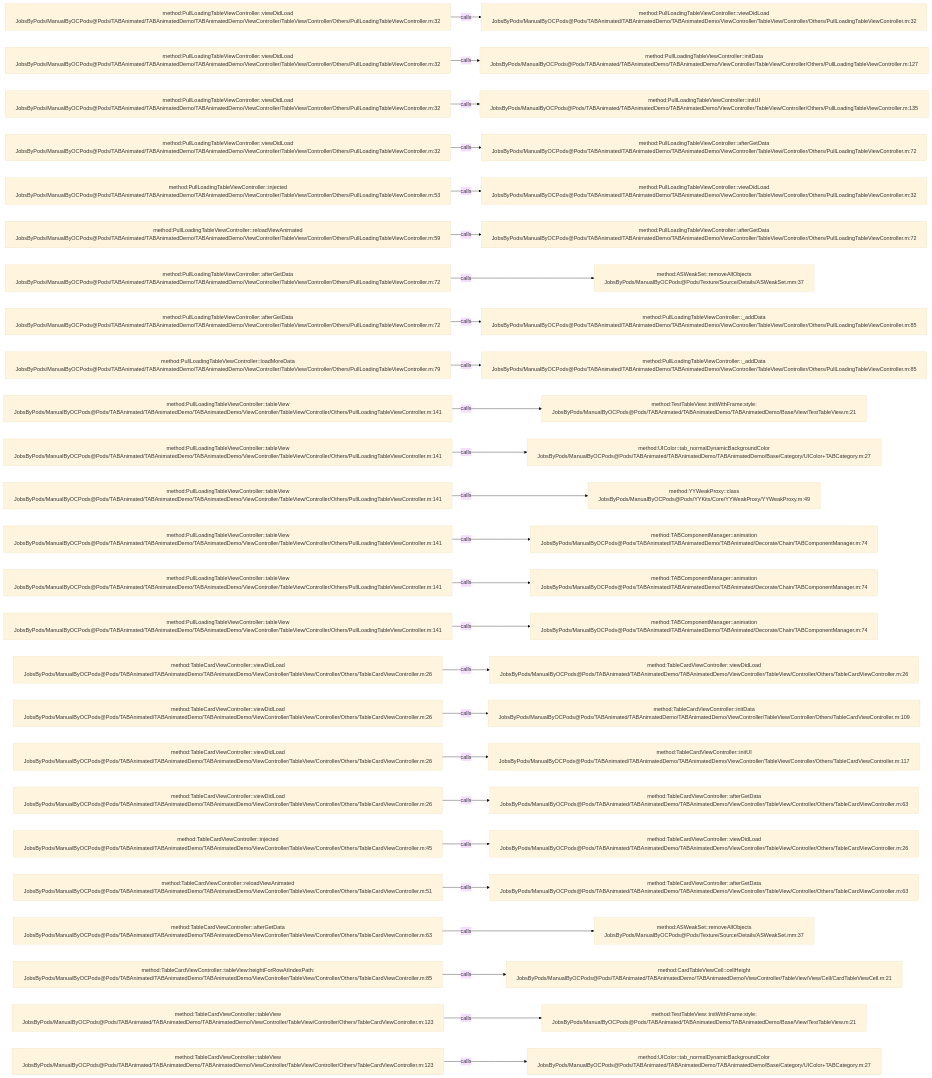
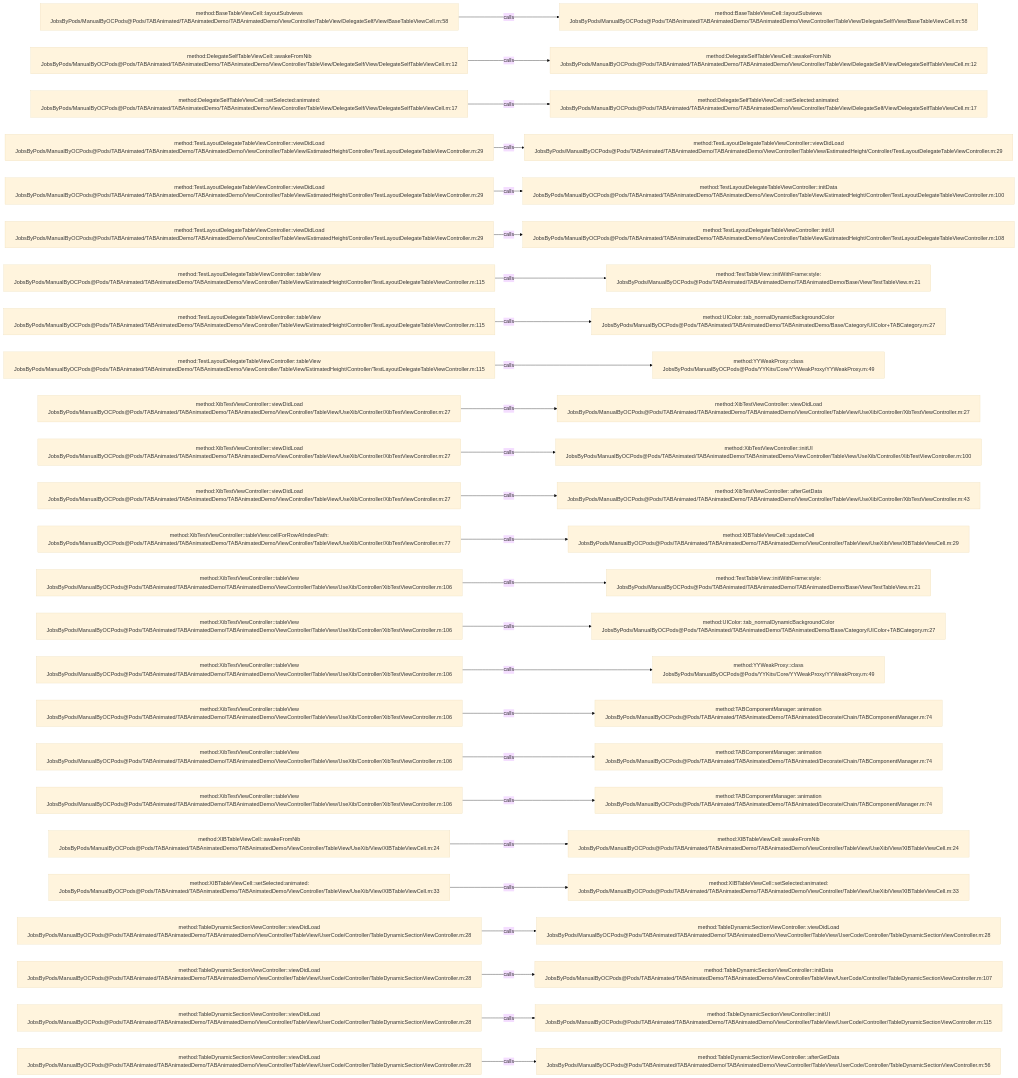
One commit to JobsKits/JobsOCBaseConfigDemo changed the diagram in .codegraph/codegraph.md/graphs/calls-056.md. Above: the diagram before and after it, drawn with Mermaid (base theme). The commit also changed 1448 other files, not shown here.

````diff
--- a/.codegraph/codegraph.md/graphs/calls-056.md
+++ b/.codegraph/codegraph.md/graphs/calls-056.md
@@ -13,78 +13,78 @@
 ```mermaid
 flowchart LR
-  S1["method:PullLoadingTableViewController::viewDidLoad<br/>JobsByPods/ManualByOCPods@Pods/TABAnimated/TABAnimatedDemo/TABAnimatedDemo/ViewController/TableView/Controller/Others/PullLoadingTableViewController.m:32"]
-  T1["method:PullLoadingTableViewController::viewDidLoad<br/>JobsByPods/ManualByOCPods@Pods/TABAnimated/TABAnimatedDemo/TABAnimatedDemo/ViewController/TableView/Controller/Others/PullLoadingTableViewController.m:32"]
+  S1["method:BaseTableViewCell::layoutSubviews<br/>JobsByPods/ManualByOCPods@Pods/TABAnimated/TABAnimatedDemo/TABAnimatedDemo/ViewController/TableView/DelegateSelf/View/BaseTableViewCell.m:58"]
+  T1["method:BaseTableViewCell::layoutSubviews<br/>JobsByPods/ManualByOCPods@Pods/TABAnimated/TABAnimatedDemo/TABAnimatedDemo/ViewController/TableView/DelegateSelf/View/BaseTableViewCell.m:58"]
   S1 -->|calls| T1
-  S2["method:PullLoadingTableViewController::viewDidLoad<br/>JobsByPods/ManualByOCPods@Pods/TABAnimated/TABAnimatedDemo/TABAnimatedDemo/ViewController/TableView/Controller/Others/PullLoadingTableViewController.m:32"]
-  T2["method:PullLoadingTableViewController::initData<br/>JobsByPods/ManualByOCPods@Pods/TABAnimated/TABAnimatedDemo/TABAnimatedDemo/ViewController/TableView/Controller/Others/PullLoadingTableViewController.m:127"]
+  S2["method:DelegateSelfTableViewCell::awakeFromNib<br/>JobsByPods/ManualByOCPods@Pods/TABAnimated/TABAnimatedDemo/TABAnimatedDemo/ViewController/TableView/DelegateSelf/View/DelegateSelfTableViewCell.m:12"]
+  T2["method:DelegateSelfTableViewCell::awakeFromNib<br/>JobsByPods/ManualByOCPods@Pods/TABAnimated/TABAnimatedDemo/TABAnimatedDemo/ViewController/TableView/DelegateSelf/View/DelegateSelfTableViewCell.m:12"]
   S2 -->|calls| T2
-  S3["method:PullLoadingTableViewController::viewDidLoad<br/>JobsByPods/ManualByOCPods@Pods/TABAnimated/TABAnimatedDemo/TABAnimatedDemo/ViewController/TableView/Controller/Others/PullLoadingTableViewController.m:32"]
-  T3["method:PullLoadingTableViewController::initUI<br/>JobsByPods/ManualByOCPods@Pods/TABAnimated/TABAnimatedDemo/TABAnimatedDemo/ViewController/TableView/Controller/Others/PullLoadingTableViewController.m:135"]
+  S3["method:DelegateSelfTableViewCell::setSelected:animated:<br/>JobsByPods/ManualByOCPods@Pods/TABAnimated/TABAnimatedDemo/TABAnimatedDemo/ViewController/TableView/DelegateSelf/View/DelegateSelfTableViewCell.m:17"]
+  T3["method:DelegateSelfTableViewCell::setSelected:animated:<br/>JobsByPods/ManualByOCPods@Pods/TABAnimated/TABAnimatedDemo/TABAnimatedDemo/ViewController/TableView/DelegateSelf/View/DelegateSelfTableViewCell.m:17"]
   S3 -->|calls| T3
-  S4["method:PullLoadingTableViewController::viewDidLoad<br/>JobsByPods/ManualByOCPods@Pods/TABAnimated/TABAnimatedDemo/TABAnimatedDemo/ViewController/TableView/Controller/Others/PullLoadingTableViewController.m:32"]
-  T4["method:PullLoadingTableViewController::afterGetData<br/>JobsByPods/ManualByOCPods@Pods/TABAnimated/TABAnimatedDemo/TABAnimatedDemo/ViewController/TableView/Controller/Others/PullLoadingTableViewController.m:72"]
+  S4["method:TestLayoutDelegateTableViewController::viewDidLoad<br/>JobsByPods/ManualByOCPods@Pods/TABAnimated/TABAnimatedDemo/TABAnimatedDemo/ViewController/TableView/EstimatedHeight/Controller/TestLayoutDelegateTableViewController.m:29"]
+  T4["method:TestLayoutDelegateTableViewController::viewDidLoad<br/>JobsByPods/ManualByOCPods@Pods/TABAnimated/TABAnimatedDemo/TABAnimatedDemo/ViewController/TableView/EstimatedHeight/Controller/TestLayoutDelegateTableViewController.m:29"]
   S4 -->|calls| T4
-  S5["method:PullLoadingTableViewController::injected<br/>JobsByPods/ManualByOCPods@Pods/TABAnimated/TABAnimatedDemo/TABAnimatedDemo/ViewController/TableView/Controller/Others/PullLoadingTableViewController.m:53"]
-  T5["method:PullLoadingTableViewController::viewDidLoad<br/>JobsByPods/ManualByOCPods@Pods/TABAnimated/TABAnimatedDemo/TABAnimatedDemo/ViewController/TableView/Controller/Others/PullLoadingTableViewController.m:32"]
+  S5["method:TestLayoutDelegateTableViewController::viewDidLoad<br/>JobsByPods/ManualByOCPods@Pods/TABAnimated/TABAnimatedDemo/TABAnimatedDemo/ViewController/TableView/EstimatedHeight/Controller/TestLayoutDelegateTableViewController.m:29"]
+  T5["method:TestLayoutDelegateTableViewController::initData<br/>JobsByPods/ManualByOCPods@Pods/TABAnimated/TABAnimatedDemo/TABAnimatedDemo/ViewController/TableView/EstimatedHeight/Controller/TestLayoutDelegateTableViewController.m:100"]
   S5 -->|calls| T5
-  S6["method:PullLoadingTableViewController::reloadViewAnimated<br/>JobsByPods/ManualByOCPods@Pods/TABAnimated/TABAnimatedDemo/TABAnimatedDemo/ViewController/TableView/Controller/Others/PullLoadingTableViewController.m:59"]
-  T6["method:PullLoadingTableViewController::afterGetData<br/>JobsByPods/ManualByOCPods@Pods/TABAnimated/TABAnimatedDemo/TABAnimatedDemo/ViewController/TableView/Controller/Others/PullLoadingTableViewController.m:72"]
+  S6["method:TestLayoutDelegateTableViewController::viewDidLoad<br/>JobsByPods/ManualByOCPods@Pods/TABAnimated/TABAnimatedDemo/TABAnimatedDemo/ViewController/TableView/EstimatedHeight/Controller/TestLayoutDelegateTableViewController.m:29"]
+  T6["method:TestLayoutDelegateTableViewController::initUI<br/>JobsByPods/ManualByOCPods@Pods/TABAnimated/TABAnimatedDemo/TABAnimatedDemo/ViewController/TableView/EstimatedHeight/Controller/TestLayoutDelegateTableViewController.m:108"]
   S6 -->|calls| T6
-  S7["method:PullLoadingTableViewController::afterGetData<br/>JobsByPods/ManualByOCPods@Pods/TABAnimated/TABAnimatedDemo/TABAnimatedDemo/ViewController/TableView/Controller/Others/PullLoadingTableViewController.m:72"]
-  T7["method:ASWeakSet::removeAllObjects<br/>JobsByPods/ManualByOCPods@Pods/Texture/Source/Details/ASWeakSet.mm:37"]
+  S7["method:TestLayoutDelegateTableViewController::tableView<br/>JobsByPods/ManualByOCPods@Pods/TABAnimated/TABAnimatedDemo/TABAnimatedDemo/ViewController/TableView/EstimatedHeight/Controller/TestLayoutDelegateTableViewController.m:115"]
+  T7["method:TestTableView::initWithFrame:style:<br/>JobsByPods/ManualByOCPods@Pods/TABAnimated/TABAnimatedDemo/TABAnimatedDemo/Base/View/TestTableView.m:21"]
   S7 -->|calls| T7
-  S8["method:PullLoadingTableViewController::afterGetData<br/>JobsByPods/ManualByOCPods@Pods/TABAnimated/TABAnimatedDemo/TABAnimatedDemo/ViewController/TableView/Controller/Others/PullLoadingTableViewController.m:72"]
-  T8["method:PullLoadingTableViewController::_addData<br/>JobsByPods/ManualByOCPods@Pods/TABAnimated/TABAnimatedDemo/TABAnimatedDemo/ViewController/TableView/Controller/Others/PullLoadingTableViewController.m:85"]
+  S8["method:TestLayoutDelegateTableViewController::tableView<br/>JobsByPods/ManualByOCPods@Pods/TABAnimated/TABAnimatedDemo/TABAnimatedDemo/ViewController/TableView/EstimatedHeight/Controller/TestLayoutDelegateTableViewController.m:115"]
+  T8["method:UIColor::tab_normalDynamicBackgroundColor<br/>JobsByPods/ManualByOCPods@Pods/TABAnimated/TABAnimatedDemo/TABAnimatedDemo/Base/Category/UIColor+TABCategory.m:27"]
   S8 -->|calls| T8
-  S9["method:PullLoadingTableViewController::loadMoreData<br/>JobsByPods/ManualByOCPods@Pods/TABAnimated/TABAnimatedDemo/TABAnimatedDemo/ViewController/TableView/Controller/Others/PullLoadingTableViewController.m:79"]
-  T9["method:PullLoadingTableViewController::_addData<br/>JobsByPods/ManualByOCPods@Pods/TABAnimated/TABAnimatedDemo/TABAnimatedDemo/ViewController/TableView/Controller/Others/PullLoadingTableViewController.m:85"]
+  S9["method:TestLayoutDelegateTableViewController::tableView<br/>JobsByPods/ManualByOCPods@Pods/TABAnimated/TABAnimatedDemo/TABAnimatedDemo/ViewController/TableView/EstimatedHeight/Controller/TestLayoutDelegateTableViewController.m:115"]
+  T9["method:YYWeakProxy::class<br/>JobsByPods/ManualByOCPods@Pods/YYKits/Core/YYWeakProxy/YYWeakProxy.m:49"]
   S9 -->|calls| T9
-  S10["method:PullLoadingTableViewController::tableView<br/>JobsByPods/ManualByOCPods@Pods/TABAnimated/TABAnimatedDemo/TABAnimatedDemo/ViewController/TableView/Controller/Others/PullLoadingTableViewController.m:141"]
-  T10["method:TestTableView::initWithFrame:style:<br/>JobsByPods/ManualByOCPods@Pods/TABAnimated/TABAnimatedDemo/TABAnimatedDemo/Base/View/TestTableView.m:21"]
+  S10["method:XibTestViewController::viewDidLoad<br/>JobsByPods/ManualByOCPods@Pods/TABAnimated/TABAnimatedDemo/TABAnimatedDemo/ViewController/TableView/UseXib/Controller/XibTestViewController.m:27"]
+  T10["method:XibTestViewController::viewDidLoad<br/>JobsByPods/ManualByOCPods@Pods/TABAnimated/TABAnimatedDemo/TABAnimatedDemo/ViewController/TableView/UseXib/Controller/XibTestViewController.m:27"]
   S10 -->|calls| T10
-  S11["method:PullLoadingTableViewController::tableView<br/>JobsByPods/ManualByOCPods@Pods/TABAnimated/TABAnimatedDemo/TABAnimatedDemo/ViewController/TableView/Controller/Others/PullLoadingTableViewController.m:141"]
-  T11["method:UIColor::tab_normalDynamicBackgroundColor<br/>JobsByPods/ManualByOCPods@Pods/TABAnimated/TABAnimatedDemo/TABAnimatedDemo/Base/Category/UIColor+TABCategory.m:27"]
+  S11["method:XibTestViewController::viewDidLoad<br/>JobsByPods/ManualByOCPods@Pods/TABAnimated/TABAnimatedDemo/TABAnimatedDemo/ViewController/TableView/UseXib/Controller/XibTestViewController.m:27"]
+  T11["method:XibTestViewController::initUI<br/>JobsByPods/ManualByOCPods@Pods/TABAnimated/TABAnimatedDemo/TABAnimatedDemo/ViewController/TableView/UseXib/Controller/XibTestViewController.m:100"]
   S11 -->|calls| T11
-  S12["method:PullLoadingTableViewController::tableView<br/>JobsByPods/ManualByOCPods@Pods/TABAnimated/TABAnimatedDemo/TABAnimatedDemo/ViewController/TableView/Controller/Others/PullLoadingTableViewController.m:141"]
-  T12["method:YYWeakProxy::class<br/>JobsByPods/ManualByOCPods@Pods/YYKits/Core/YYWeakProxy/YYWeakProxy.m:49"]
+  S12["method:XibTestViewController::viewDidLoad<br/>JobsByPods/ManualByOCPods@Pods/TABAnimated/TABAnimatedDemo/TABAnimatedDemo/ViewController/TableView/UseXib/Controller/XibTestViewController.m:27"]
+  T12["method:XibTestViewController::afterGetData<br/>JobsByPods/ManualByOCPods@Pods/TABAnimated/TABAnimatedDemo/TABAnimatedDemo/ViewController/TableView/UseXib/Controller/XibTestViewController.m:43"]
   S12 -->|calls| T12
-  S13["method:PullLoadingTableViewController::tableView<br/>JobsByPods/ManualByOCPods@Pods/TABAnimated/TABAnimatedDemo/TABAnimatedDemo/ViewController/TableView/Controller/Others/PullLoadingTableViewController.m:141"]
-  T13["method:TABComponentManager::animation<br/>JobsByPods/ManualByOCPods@Pods/TABAnimated/TABAnimatedDemo/TABAnimated/Decorate/Chain/TABComponentManager.m:74"]
+  S13["method:XibTestViewController::tableView:cellForRowAtIndexPath:<br/>JobsByPods/ManualByOCPods@Pods/TABAnimated/TABAnimatedDemo/TABAnimatedDemo/ViewController/TableView/UseXib/Controller/XibTestViewController.m:77"]
+  T13["method:XIBTableViewCell::updateCell<br/>JobsByPods/ManualByOCPods@Pods/TABAnimated/TABAnimatedDemo/TABAnimatedDemo/ViewController/TableView/UseXib/View/XIBTableViewCell.m:29"]
   S13 -->|calls| T13
-  S14["method:PullLoadingTableViewController::tableView<br/>JobsByPods/ManualByOCPods@Pods/TABAnimated/TABAnimatedDemo/TABAnimatedDemo/ViewController/TableView/Controller/Others/PullLoadingTableViewController.m:141"]
-  T14["method:TABComponentManager::animation<br/>JobsByPods/ManualByOCPods@Pods/TABAnimated/TABAnimatedDemo/TABAnimated/Decorate/Chain/TABComponentManager.m:74"]
+  S14["method:XibTestViewController::tableView<br/>JobsByPods/ManualByOCPods@Pods/TABAnimated/TABAnimatedDemo/TABAnimatedDemo/ViewController/TableView/UseXib/Controller/XibTestViewController.m:106"]
+  T14["method:TestTableView::initWithFrame:style:<br/>JobsByPods/ManualByOCPods@Pods/TABAnimated/TABAnimatedDemo/TABAnimatedDemo/Base/View/TestTableView.m:21"]
   S14 -->|calls| T14
-  S15["method:PullLoadingTableViewController::tableView<br/>JobsByPods/ManualByOCPods@Pods/TABAnimated/TABAnimatedDemo/TABAnimatedDemo/ViewController/TableView/Controller/Others/PullLoadingTableViewController.m:141"]
-  T15["method:TABComponentManager::animation<br/>JobsByPods/ManualByOCPods@Pods/TABAnimated/TABAnimatedDemo/TABAnimated/Decorate/Chain/TABComponentManager.m:74"]
+  S15["method:XibTestViewController::tableView<br/>JobsByPods/ManualByOCPods@Pods/TABAnimated/TABAnimatedDemo/TABAnimatedDemo/ViewController/TableView/UseXib/Controller/XibTestViewController.m:106"]
+  T15["method:UIColor::tab_normalDynamicBackgroundColor<br/>JobsByPods/ManualByOCPods@Pods/TABAnimated/TABAnimatedDemo/TABAnimatedDemo/Base/Category/UIColor+TABCategory.m:27"]
   S15 -->|calls| T15
-  S16["method:TableCardViewController::viewDidLoad<br/>JobsByPods/ManualByOCPods@Pods/TABAnimated/TABAnimatedDemo/TABAnimatedDemo/ViewController/TableView/Controller/Others/TableCardViewController.m:26"]
-  T16["method:TableCardViewController::viewDidLoad<br/>JobsByPods/ManualByOCPods@Pods/TABAnimated/TABAnimatedDemo/TABAnimatedDemo/ViewController/TableView/Controller/Others/TableCardViewController.m:26"]
+  S16["method:XibTestViewController::tableView<br/>JobsByPods/ManualByOCPods@Pods/TABAnimated/TABAnimatedDemo/TABAnimatedDemo/ViewController/TableView/UseXib/Controller/XibTestViewController.m:106"]
+  T16["method:YYWeakProxy::class<br/>JobsByPods/ManualByOCPods@Pods/YYKits/Core/YYWeakProxy/YYWeakProxy.m:49"]
   S16 -->|calls| T16
-  S17["method:TableCardViewController::viewDidLoad<br/>JobsByPods/ManualByOCPods@Pods/TABAnimated/TABAnimatedDemo/TABAnimatedDemo/ViewController/TableView/Controller/Others/TableCardViewController.m:26"]
-  T17["method:TableCardViewController::initData<br/>JobsByPods/ManualByOCPods@Pods/TABAnimated/TABAnimatedDemo/TABAnimatedDemo/ViewController/TableView/Controller/Others/TableCardViewController.m:109"]
+  S17["method:XibTestViewController::tableView<br/>JobsByPods/ManualByOCPods@Pods/TABAnimated/TABAnimatedDemo/TABAnimatedDemo/ViewController/TableView/UseXib/Controller/XibTestViewController.m:106"]
+  T17["method:TABComponentManager::animation<br/>JobsByPods/ManualByOCPods@Pods/TABAnimated/TABAnimatedDemo/TABAnimated/Decorate/Chain/TABComponentManager.m:74"]
   S17 -->|calls| T17
-  S18["method:TableCardViewController::viewDidLoad<br/>JobsByPods/ManualByOCPods@Pods/TABAnimated/TABAnimatedDemo/TABAnimatedDemo/ViewController/TableView/Controller/Others/TableCardViewController.m:26"]
-  T18["method:TableCardViewController::initUI<br/>JobsByPods/ManualByOCPods@Pods/TABAnimated/TABAnimatedDemo/TABAnimatedDemo/ViewController/TableView/Controller/Others/TableCardViewController.m:117"]
+  S18["method:XibTestViewController::tableView<br/>JobsByPods/ManualByOCPods@Pods/TABAnimated/TABAnimatedDemo/TABAnimatedDemo/ViewController/TableView/UseXib/Controller/XibTestViewController.m:106"]
+  T18["method:TABComponentManager::animation<br/>JobsByPods/ManualByOCPods@Pods/TABAnimated/TABAnimatedDemo/TABAnimated/Decorate/Chain/TABComponentManager.m:74"]
   S18 -->|calls| T18
-  S19["method:TableCardViewController::viewDidLoad<br/>JobsByPods/ManualByOCPods@Pods/TABAnimated/TABAnimatedDemo/TABAnimatedDemo/ViewController/TableView/Controller/Others/TableCardViewController.m:26"]
-  T19["method:TableCardViewController::afterGetData<br/>JobsByPods/ManualByOCPods@Pods/TABAnimated/TABAnimatedDemo/TABAnimatedDemo/ViewController/TableView/Controller/Others/TableCardViewController.m:63"]
+  S19["method:XibTestViewController::tableView<br/>JobsByPods/ManualByOCPods@Pods/TABAnimated/TABAnimatedDemo/TABAnimatedDemo/ViewController/TableView/UseXib/Controller/XibTestViewController.m:106"]
+  T19["method:TABComponentManager::animation<br/>JobsByPods/ManualByOCPods@Pods/TABAnimated/TABAnimatedDemo/TABAnimated/Decorate/Chain/TABComponentManager.m:74"]
   S19 -->|calls| T19
-  S20["method:TableCardViewController::injected<br/>JobsByPods/ManualByOCPods@Pods/TABAnimated/TABAnimatedDemo/TABAnimatedDemo/ViewController/TableView/Controller/Others/TableCardViewController.m:45"]
-  T20["method:TableCardViewController::viewDidLoad<br/>JobsByPods/ManualByOCPods@Pods/TABAnimated/TABAnimatedDemo/TABAnimatedDemo/ViewController/TableView/Controller/Others/TableCardViewController.m:26"]
+  S20["method:XIBTableViewCell::awakeFromNib<br/>JobsByPods/ManualByOCPods@Pods/TABAnimated/TABAnimatedDemo/TABAnimatedDemo/ViewController/TableView/UseXib/View/XIBTableViewCell.m:24"]
+  T20["method:XIBTableViewCell::awakeFromNib<br/>JobsByPods/ManualByOCPods@Pods/TABAnimated/TABAnimatedDemo/TABAnimatedDemo/ViewController/TableView/UseXib/View/XIBTableViewCell.m:24"]
   S20 -->|calls| T20
-  S21["method:TableCardViewController::reloadViewAnimated<br/>JobsByPods/ManualByOCPods@Pods/TABAnimated/TABAnimatedDemo/TABAnimatedDemo/ViewController/TableView/Controller/Others/TableCardViewController.m:51"]
-  T21["method:TableCardViewController::afterGetData<br/>JobsByPods/ManualByOCPods@Pods/TABAnimated/TABAnimatedDemo/TABAnimatedDemo/ViewController/TableView/Controller/Others/TableCardViewController.m:63"]
+  S21["method:XIBTableViewCell::setSelected:animated:<br/>JobsByPods/ManualByOCPods@Pods/TABAnimated/TABAnimatedDemo/TABAnimatedDemo/ViewController/TableView/UseXib/View/XIBTableViewCell.m:33"]
+  T21["method:XIBTableViewCell::setSelected:animated:<br/>JobsByPods/ManualByOCPods@Pods/TABAnimated/TABAnimatedDemo/TABAnimatedDemo/ViewController/TableView/UseXib/View/XIBTableViewCell.m:33"]
   S21 -->|calls| T21
-  S22["method:TableCardViewController::afterGetData<br/>JobsByPods/ManualByOCPods@Pods/TABAnimated/TABAnimatedDemo/TABAnimatedDemo/ViewController/TableView/Controller/Others/TableCardViewController.m:63"]
-  T22["method:ASWeakSet::removeAllObjects<br/>JobsByPods/ManualByOCPods@Pods/Texture/Source/Details/ASWeakSet.mm:37"]
+  S22["method:TableDynamicSectionViewController::viewDidLoad<br/>JobsByPods/ManualByOCPods@Pods/TABAnimated/TABAnimatedDemo/TABAnimatedDemo/ViewController/TableView/UserCode/Controller/TableDynamicSectionViewController.m:28"]
+  T22["method:TableDynamicSectionViewController::viewDidLoad<br/>JobsByPods/ManualByOCPods@Pods/TABAnimated/TABAnimatedDemo/TABAnimatedDemo/ViewController/TableView/UserCode/Controller/TableDynamicSectionViewController.m:28"]
   S22 -->|calls| T22
-  S23["method:TableCardViewController::tableView:heightForRowAtIndexPath:<br/>JobsByPods/ManualByOCPods@Pods/TABAnimated/TABAnimatedDemo/TABAnimatedDemo/ViewController/TableView/Controller/Others/TableCardViewController.m:85"]
-  T23["method:CardTableViewCell::cellHeight<br/>JobsByPods/ManualByOCPods@Pods/TABAnimated/TABAnimatedDemo/TABAnimatedDemo/ViewController/TableView/View/Cell/CardTableViewCell.m:21"]
+  S23["method:TableDynamicSectionViewController::viewDidLoad<br/>JobsByPods/ManualByOCPods@Pods/TABAnimated/TABAnimatedDemo/TABAnimatedDemo/ViewController/TableView/UserCode/Controller/TableDynamicSectionViewController.m:28"]
+  T23["method:TableDynamicSectionViewController::initData<br/>JobsByPods/ManualByOCPods@Pods/TABAnimated/TABAnimatedDemo/TABAnimatedDemo/ViewController/TableView/UserCode/Controller/TableDynamicSectionViewController.m:107"]
   S23 -->|calls| T23
-  S24["method:TableCardViewController::tableView<br/>JobsByPods/ManualByOCPods@Pods/TABAnimated/TABAnimatedDemo/TABAnimatedDemo/ViewController/TableView/Controller/Others/TableCardViewController.m:123"]
-  T24["method:TestTableView::initWithFrame:style:<br/>JobsByPods/ManualByOCPods@Pods/TABAnimated/TABAnimatedDemo/TABAnimatedDemo/Base/View/TestTableView.m:21"]
+  S24["method:TableDynamicSectionViewController::viewDidLoad<br/>JobsByPods/ManualByOCPods@Pods/TABAnimated/TABAnimatedDemo/TABAnimatedDemo/ViewController/TableView/UserCode/Controller/TableDynamicSectionViewController.m:28"]
+  T24["method:TableDynamicSectionViewController::initUI<br/>JobsByPods/ManualByOCPods@Pods/TABAnimated/TABAnimatedDemo/TABAnimatedDemo/ViewController/TableView/UserCode/Controller/TableDynamicSectionViewController.m:115"]
   S24 -->|calls| T24
-  S25["method:TableCardViewController::tableView<br/>JobsByPods/ManualByOCPods@Pods/TABAnimated/TABAnimatedDemo/TABAnimatedDemo/ViewController/TableView/Controller/Others/TableCardViewController.m:123"]
-  T25["method:UIColor::tab_normalDynamicBackgroundColor<br/>JobsByPods/ManualByOCPods@Pods/TABAnimated/TABAnimatedDemo/TABAnimatedDemo/Base/Category/UIColor+TABCategory.m:27"]
+  S25["method:TableDynamicSectionViewController::viewDidLoad<br/>JobsByPods/ManualByOCPods@Pods/TABAnimated/TABAnimatedDemo/TABAnimatedDemo/ViewController/TableView/UserCode/Controller/TableDynamicSectionViewController.m:28"]
+  T25["method:TableDynamicSectionViewController::afterGetData<br/>JobsByPods/ManualByOCPods@Pods/TABAnimated/TABAnimatedDemo/TABAnimatedDemo/ViewController/TableView/UserCode/Controller/TableDynamicSectionViewController.m:56"]
   S25 -->|calls| T25
 ```
````
